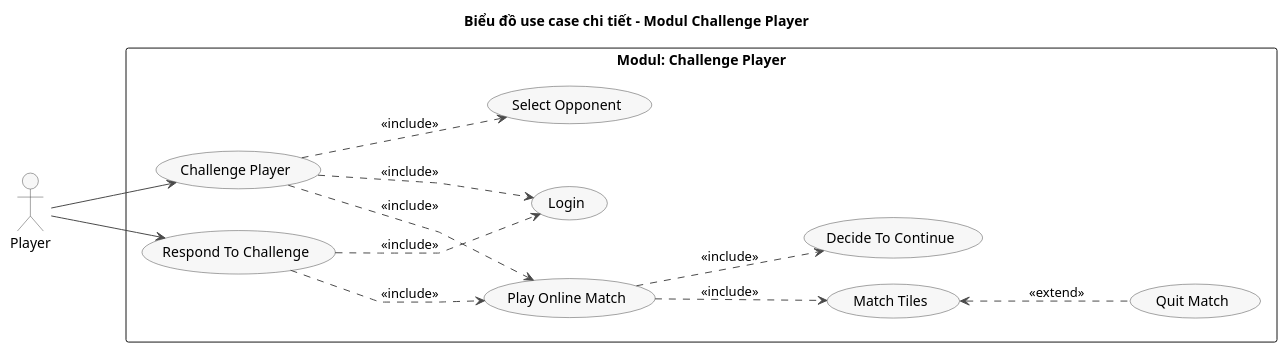
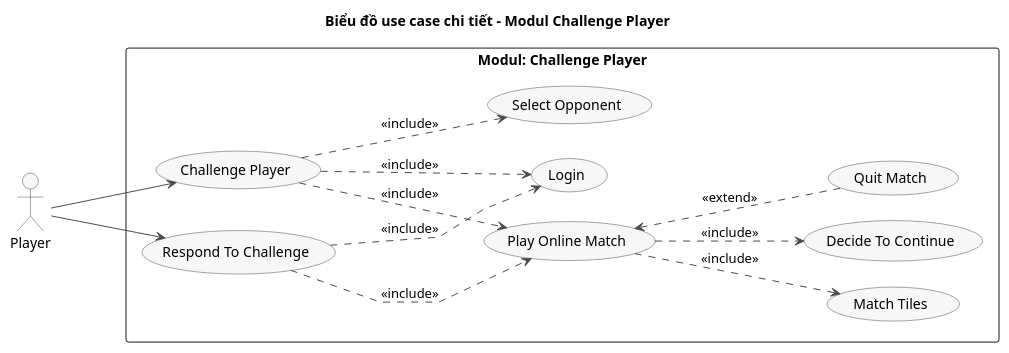
One commit to VattenL/mobile-pikachu changed the diagram in docs/uml/pha1/uc-m3-challenge-player.puml. Above: the diagram before and after it, drawn with PlantUML. The commit also changed 25 other files, not shown here.

First line of the commit message:
docs: apply team review on use cases and challenge flow

```diff
--- a/docs/uml/pha1/uc-m3-challenge-player.puml
+++ b/docs/uml/pha1/uc-m3-challenge-player.puml
@@ -1,45 +1,45 @@
 @startuml uc-m3-challenge-player
 title Biểu đồ use case chi tiết - Modul Challenge Player
 
 left to right direction
 skinparam linetype polyline
 skinparam packageStyle rectangle
 skinparam shadowing false
 skinparam nodesep 25
 skinparam ranksep 90
 skinparam usecase {
   BackgroundColor #F7F7F7
   BorderColor #4A4A4A
   ArrowColor #4A4A4A
 }
 skinparam actor {
   BackgroundColor #F7F7F7
   BorderColor #4A4A4A
 }
 
 actor "Player" as Player
 
 rectangle "Modul: Challenge Player" {
   usecase "Challenge Player" as UC06
   usecase "Respond To Challenge" as UC07
   usecase "Select Opponent" as UC06_1
   usecase "Login" as UC02
   usecase "Play Online Match" as UC08
   usecase "Match Tiles" as UC08_1
   usecase "Decide To Continue" as UC08_2
   usecase "Quit Match" as UC08_3
 }
 
 Player --> UC06
 Player --> UC07
 
 UC06 ..> UC06_1 : <<include>>
 UC06 ..> UC02 : <<include>>
 UC06 ..> UC08 : <<include>>
 UC07 ..> UC02 : <<include>>
 UC07 ..> UC08 : <<include>>
 
 UC08 ..> UC08_1 : <<include>>
 UC08 ..> UC08_2 : <<include>>
-UC08_1 <.. UC08_3 : <<extend>>
+UC08 <.. UC08_3 : <<extend>>
 @enduml
```
